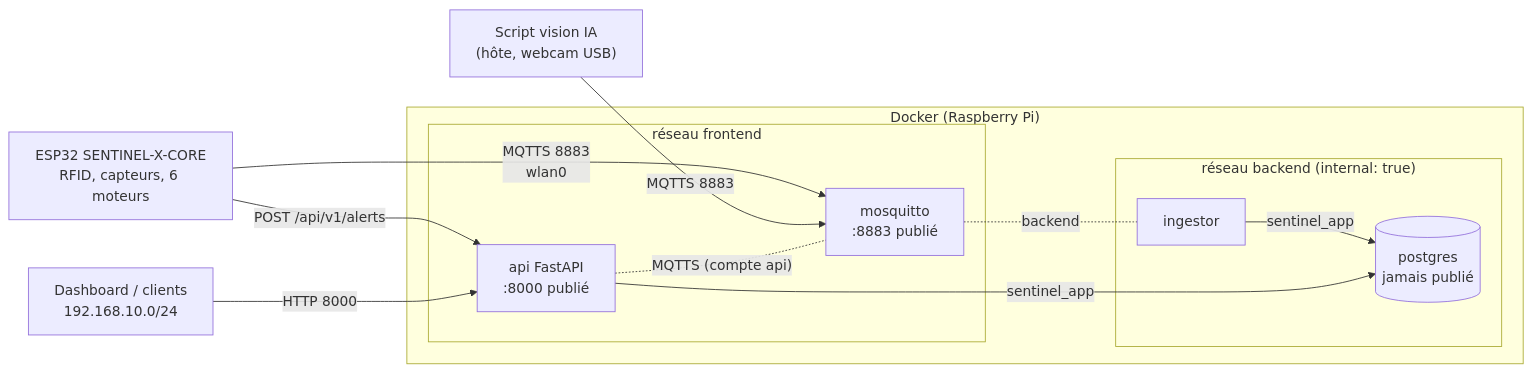
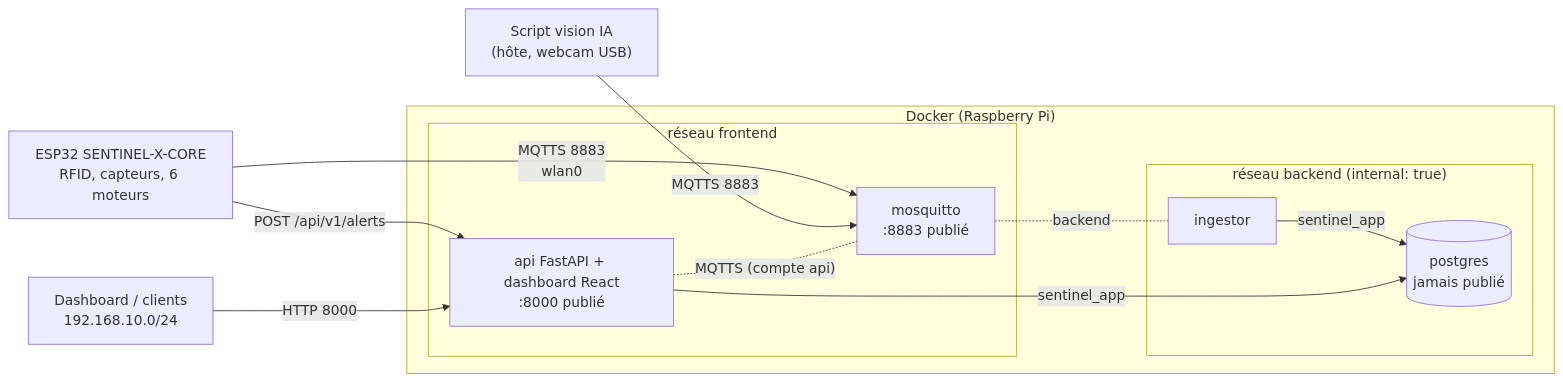
One commit to Sinndd/WORKSHOP-SENTINEL-X changed the diagram in README.md. Above: the diagram before and after it, drawn with Mermaid. The commit also changed other lines of this file and 2 other files, not shown here.

Commit message:
docs: tableau de bord et endpoints d'analyse (API.md, openapi.json, README)

````diff
--- a/README.md
+++ b/README.md
@@ -51,21 +52,21 @@
 ```mermaid
 flowchart LR
   ESP["ESP32 SENTINEL-X-CORE<br/>RFID, capteurs, 6 moteurs"] -- "MQTTS 8883<br/>wlan0" --> MQ
   ESP -- "POST /api/v1/alerts" --> API
   IA["Script vision IA<br/>(hôte, webcam USB)"] -- "MQTTS 8883" --> MQ
   DASH["Dashboard / clients<br/>192.168.10.0/24"] -- "HTTP 8000" --> API
   subgraph Docker["Docker (Raspberry Pi)"]
     subgraph FE["réseau frontend"]
       MQ["mosquitto<br/>:8883 publié"]
-      API["api FastAPI<br/>:8000 publié"]
+      API["api FastAPI + dashboard React<br/>:8000 publié"]
     end
     subgraph BE["réseau backend (internal: true)"]
       ING["ingestor"]
       PG[("postgres<br/>jamais publié")]
     end
     MQ -. backend .- ING
     ING -- "sentinel_app" --> PG
     API -- "sentinel_app" --> PG
     API -. "MQTTS (compte api)" .- MQ
   end
 ```
````
